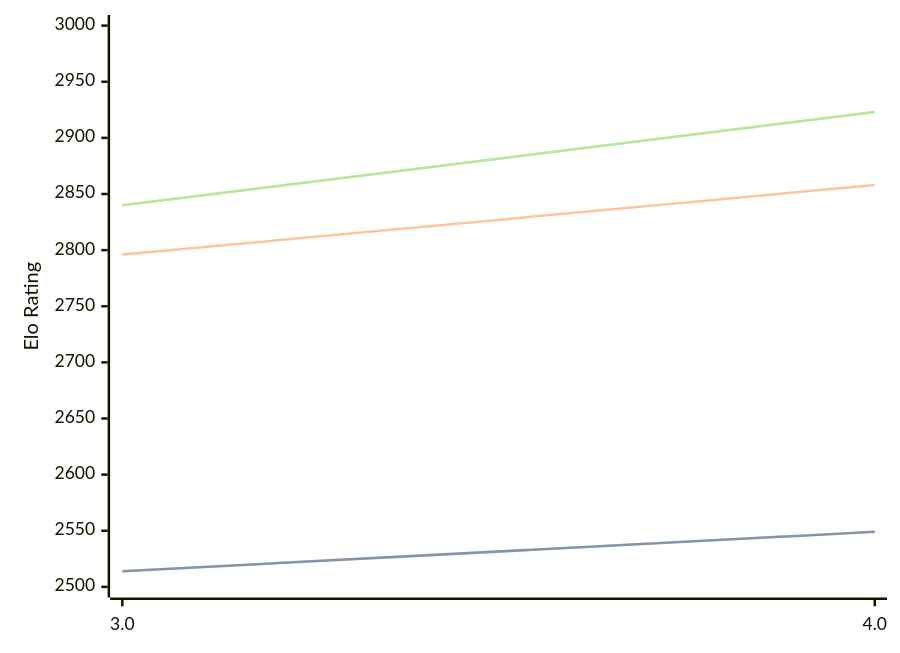
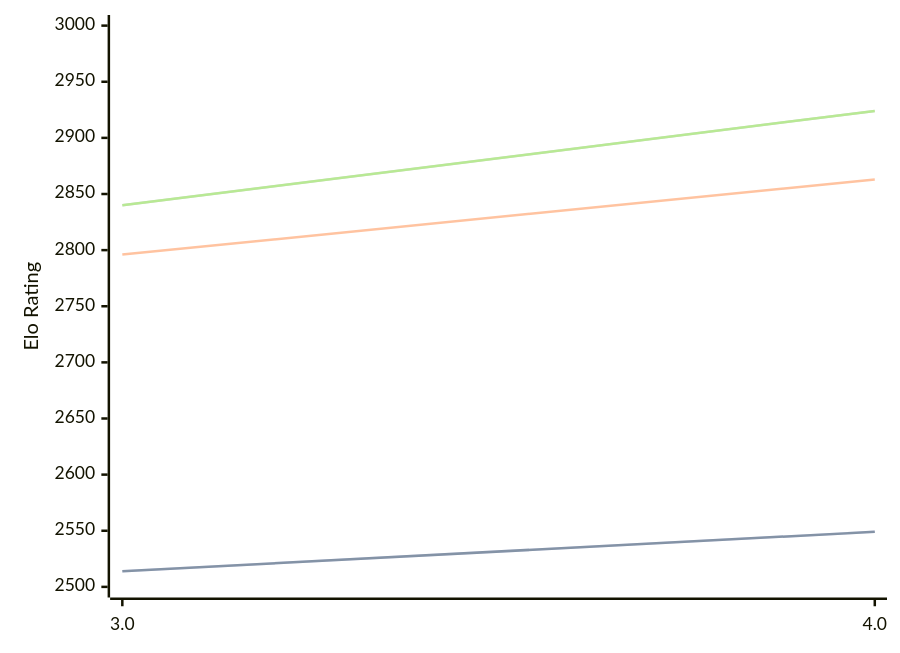
The diagram in engines/Chess3.md (computer-chess-index/cci), drawn with Mermaid before and after one commit. The commit also changed other lines of this file, not shown here.

Commit message:
Update CCI Ratings (ELO VLTC) - 2026-04-22

````diff
--- a/engines/Chess3.md
+++ b/engines/Chess3.md
@@ -34,11 +34,11 @@
 ```mermaid
 %%{init: {"theme":"base","themeVariables":{"seriesColors:['#a3a3a3','#222221','#faa371']}}}%%
 xychart-beta
   x-axis ["3.0", "4.0"]
   y-axis "Elo Rating" 2500 --> 3000
   line "STC (8.0+0.08s)" [2514, 2549]
   line "STC (8.0+0.08s)" [2514, 2549]
-  line "LTC (60.0+0.60s)" [2796, 2858]
-  line "VLTC (2m24s+1.12s)" [2840, 2923]
-  line "VLTC (2m24s+1.12s)" [2840, 2923]
+  line "LTC (60.0+0.60s)" [2796, 2863]
+  line "VLTC (2m24s+1.12s)" [2840, 2924]
+  line "VLTC (2m24s+1.12s)" [2840, 2924]
 ```
````
